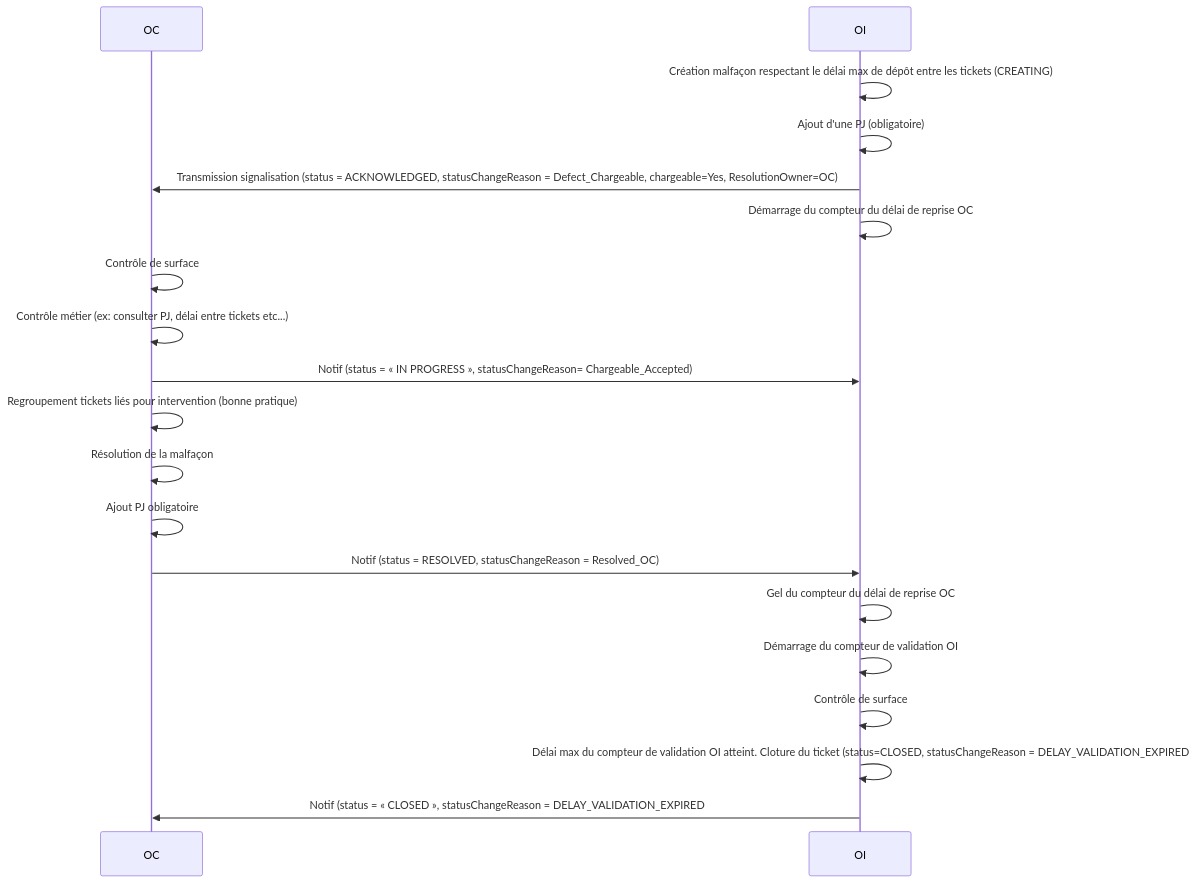
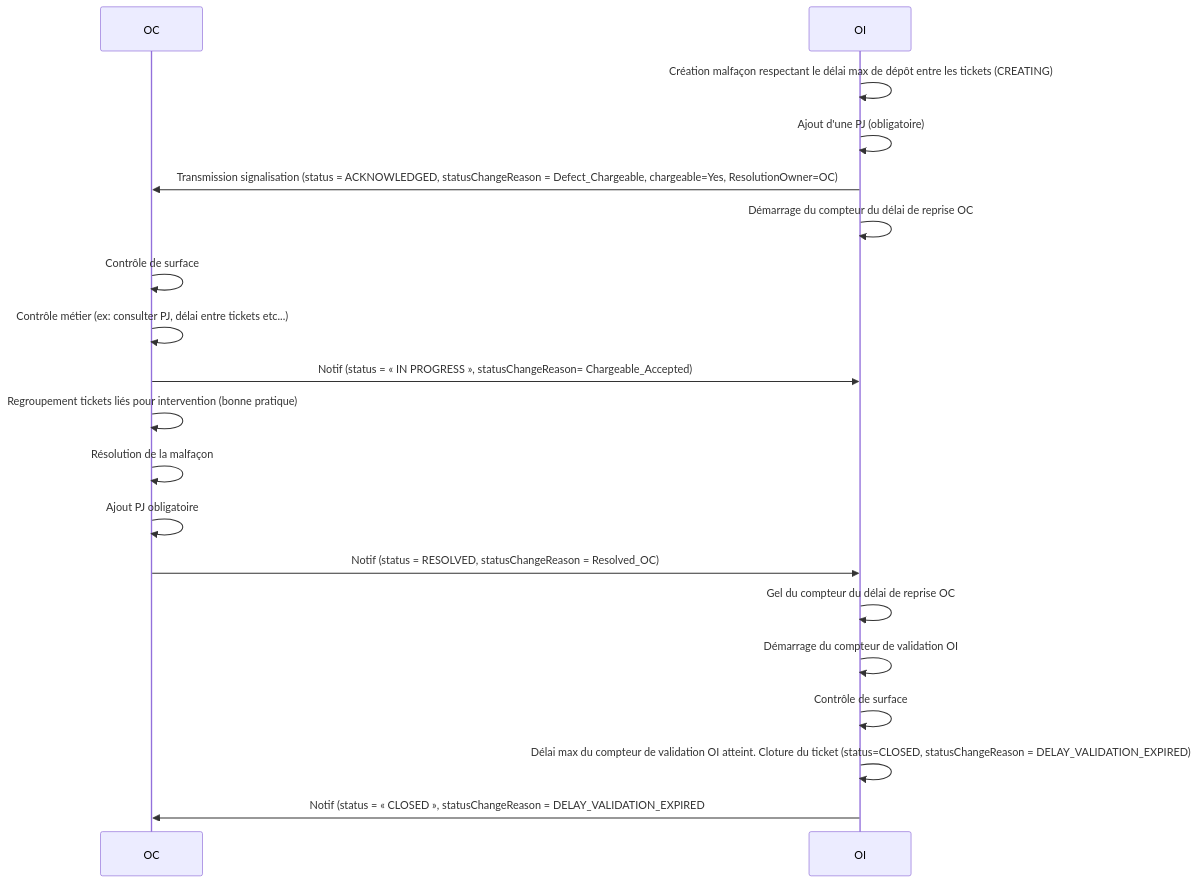
The second of 12 diagrams in README.md (NicolasGuilbert/malfacon-1), drawn with Mermaid before and after one commit.

````diff
--- a/README.md
+++ b/README.md
@@ -344,24 +344,23 @@
 ```mermaid
 sequenceDiagram
 
   participant OC
   participant OI
 
   OI->>OI: Création malfaçon respectant le délai max de dépôt entre les tickets (CREATING)
   OI->>OI: Ajout d'une PJ (obligatoire)
   OI->>OC: Transmission signalisation (status = ACKNOWLEDGED, statusChangeReason = Defect_Chargeable, chargeable=Yes, ResolutionOwner=OC)
   OI->>OI: Démarrage du compteur du délai de reprise OC
   OC->>OC: Contrôle de surface
   OC->>OC: Contrôle métier (ex: consulter PJ, délai entre tickets etc...)
   OC->>OI: Notif (status = « IN PROGRESS », statusChangeReason= Chargeable_Accepted)
   OC->>OC: Regroupement tickets liés pour intervention (bonne pratique)
   OC->>OC: Résolution de la malfaçon
   OC->>OC: Ajout PJ obligatoire
   OC->>OI: Notif (status = RESOLVED, statusChangeReason = Resolved_OC)
   OI->>OI: Gel du compteur du délai de reprise OC
   OI->>OI: Démarrage du compteur de validation OI
   OI->>OI: Contrôle de surface
-  OI->>OI: Délai max du compteur de validation OI atteint. Cloture du ticket  (status=CLOSED, statusChangeReason = DELAY_VALIDATION_EXPIRED
-)
+  OI->>OI: Délai max du compteur de validation OI atteint. Cloture du ticket  (status=CLOSED, statusChangeReason = DELAY_VALIDATION_EXPIRED)
   OI->>OC: Notif (status = « CLOSED », statusChangeReason = DELAY_VALIDATION_EXPIRED
 ```
````
